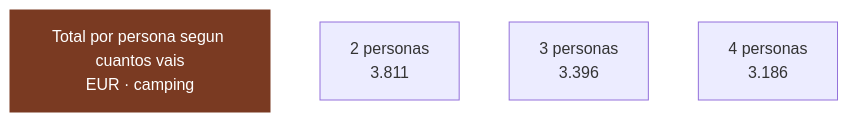
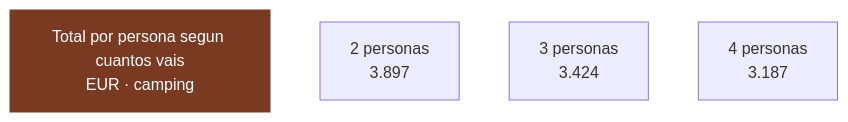
One commit to morandeirachema/namibia changed the eighth of 8 diagrams in 02-presupuesto.md. Above: the diagram before and after it, drawn with Mermaid. The commit also changed other lines of this file and 14 other files, not shown here.

````diff
--- a/02-presupuesto.md
+++ b/02-presupuesto.md
@@ -660,11 +588,11 @@
 ```mermaid
 flowchart LR
     T["Total por persona segun cuantos vais<br/>EUR · camping"]
-    n0["2 personas<br/>3.811"]
-    n1["3 personas<br/>3.396"]
-    n2["4 personas<br/>3.186"]
+    n0["2 personas<br/>3.897"]
+    n1["3 personas<br/>3.424"]
+    n2["4 personas<br/>3.187"]
     T ~~~ n0
     n0 ~~~ n1
     n1 ~~~ n2
     style T fill:#7a3a22,color:#fff,stroke:#7a3a22
 ```
````
